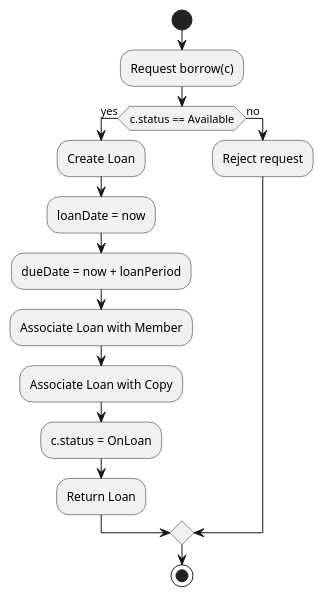
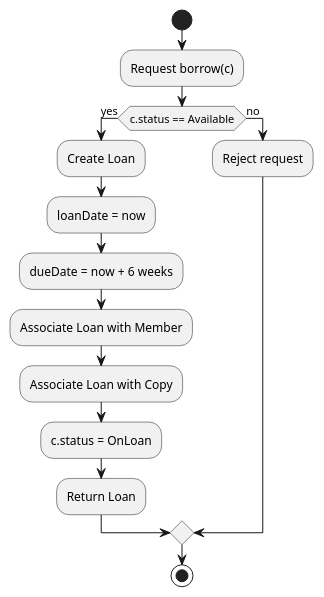
The diagram in library/classical-uml/borrow-copy.puml (scx-othr/MoProCo-evaluation), drawn with PlantUML before and after one commit. The commit also changed 1 other file, not shown here.

Commit message:
Update activity diagrams of library

```diff
--- a/library/classical-uml/borrow-copy.puml
+++ b/library/classical-uml/borrow-copy.puml
@@ -1,18 +1,18 @@
 @startuml
 start
 :Request borrow(c);
 
 if (c.status == Available) then (yes)
   :Create Loan;
   :loanDate = now;
-  :dueDate = now + loanPeriod;
+  :dueDate = now + 6 weeks;
   :Associate Loan with Member;
   :Associate Loan with Copy;
   :c.status = OnLoan;
   :Return Loan;
 else (no)
   :Reject request;
 endif
 
 stop
 @enduml
```
